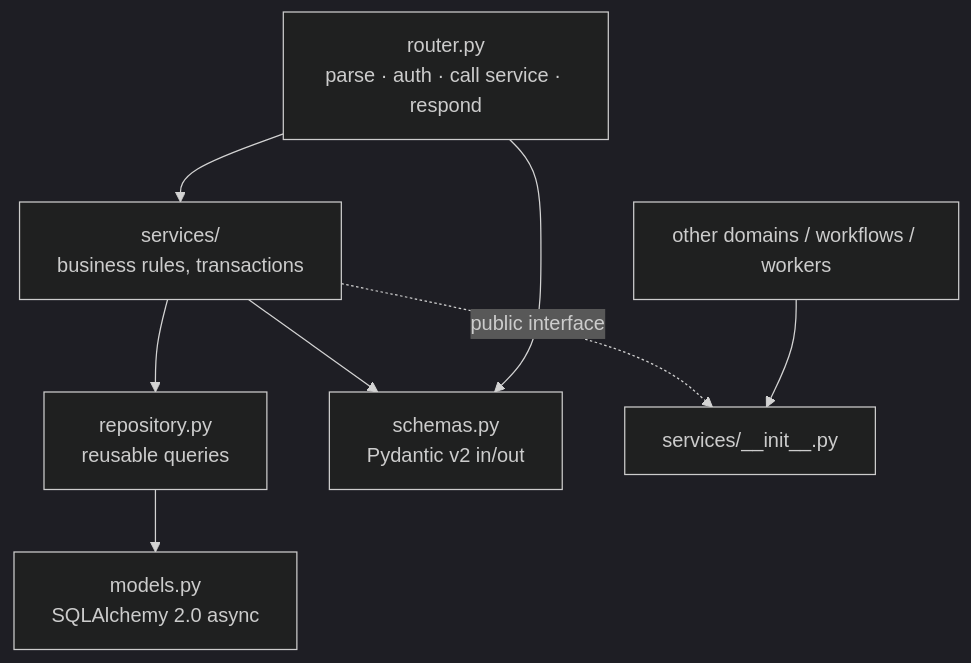
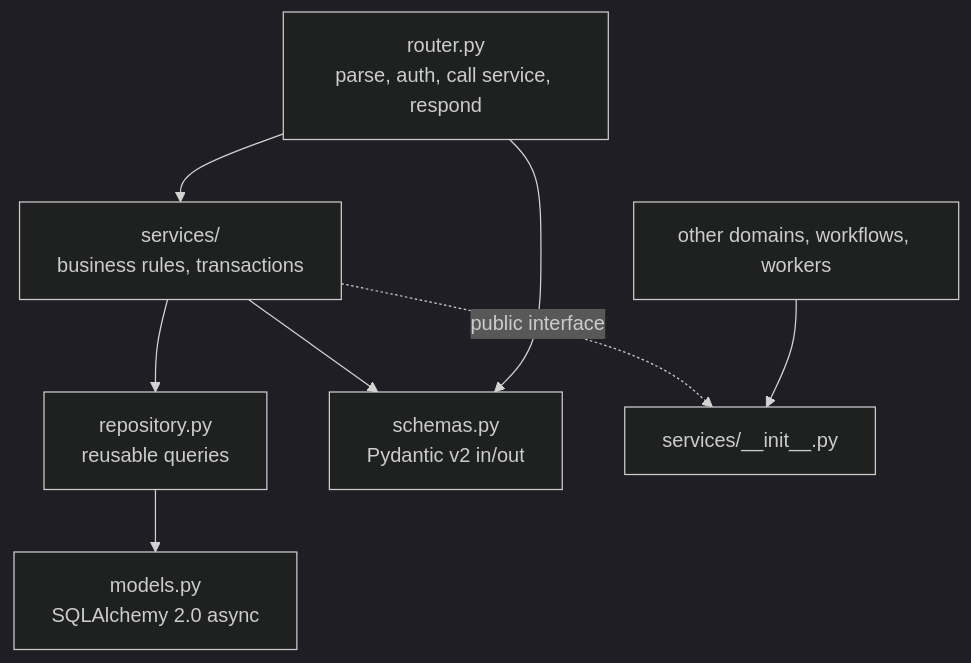
The second of 5 diagrams in docs/architecture.md (Rocket-Racoon/mtg-stats), drawn with Mermaid (dark theme) before and after one commit. The commit also changed other lines of this file and 9 other files, not shown here.

First line of the commit message:
docs: address PR #448 review (error envelope, domain graph, guardrails)

````diff
--- a/docs/architecture.md
+++ b/docs/architecture.md
@@ -60,10 +63,10 @@
 ```mermaid
 flowchart TB
-  RT[router.py<br/>parse · auth · call service · respond] --> SV[services/<br/>business rules, transactions]
-  SV --> RP[repository.py<br/>reusable queries]
-  RP --> MD[models.py<br/>SQLAlchemy 2.0 async]
-  SV --> SC[schemas.py<br/>Pydantic v2 in/out]
+  RT["router.py<br/>parse, auth, call service, respond"] --> SV["services/<br/>business rules, transactions"]
+  SV --> RP["repository.py<br/>reusable queries"]
+  RP --> MD["models.py<br/>SQLAlchemy 2.0 async"]
+  SV --> SC["schemas.py<br/>Pydantic v2 in/out"]
   RT --> SC
-  SV -. public interface .-> PUB[services/__init__.py]
-  OTHER[other domains / workflows / workers] --> PUB
+  SV -. public interface .-> PUB["services/__init__.py"]
+  OTHER["other domains, workflows, workers"] --> PUB
 ```
````
